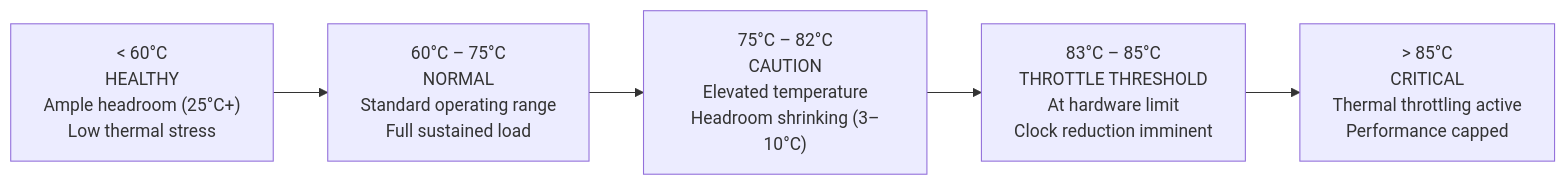
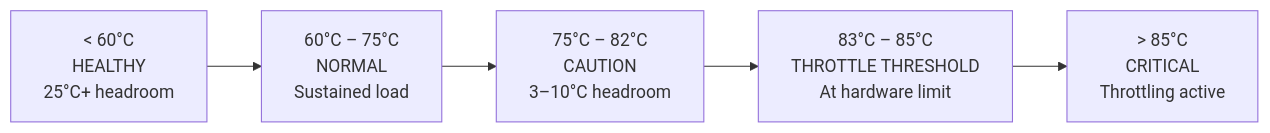
Before and after one commit to jithinpnjm/ai-infra-handbook: the third of 4 diagrams in docs/part-10-gpu-cuda/08-operating-gpu-nodes-nvidia-smi-topology-clocks-and-throttling.md, drawn with Mermaid. The commit also changed other lines of this file and 503 other files, not shown here.

````diff
--- a/docs/part-10-gpu-cuda/08-operating-gpu-nodes-nvidia-smi-topology-clocks-and-throttling.md
+++ b/docs/part-10-gpu-cuda/08-operating-gpu-nodes-nvidia-smi-topology-clocks-and-throttling.md
@@ -238,7 +193,7 @@
 ```mermaid
 flowchart LR
-    B1["< 60°C<br/>HEALTHY<br/>Ample headroom (25°C+)<br/>Low thermal stress"] --> B2["60°C – 75°C<br/>NORMAL<br/>Standard operating range<br/>Full sustained load"]
-    B2 --> B3["75°C – 82°C<br/>CAUTION<br/>Elevated temperature<br/>Headroom shrinking (3–10°C)"]
-    B3 --> B4["83°C – 85°C<br/>THROTTLE THRESHOLD<br/>At hardware limit<br/>Clock reduction imminent"]
-    B4 --> B5["> 85°C<br/>CRITICAL<br/>Thermal throttling active<br/>Performance capped"]
+    B1["< 60°C<br/>HEALTHY<br/>25°C+ headroom"] --> B2["60°C – 75°C<br/>NORMAL<br/>Sustained load"]
+    B2 --> B3["75°C – 82°C<br/>CAUTION<br/>3–10°C headroom"]
+    B3 --> B4["83°C – 85°C<br/>THROTTLE THRESHOLD<br/>At hardware limit"]
+    B4 --> B5["> 85°C<br/>CRITICAL<br/>Throttling active"]
 ```
````
